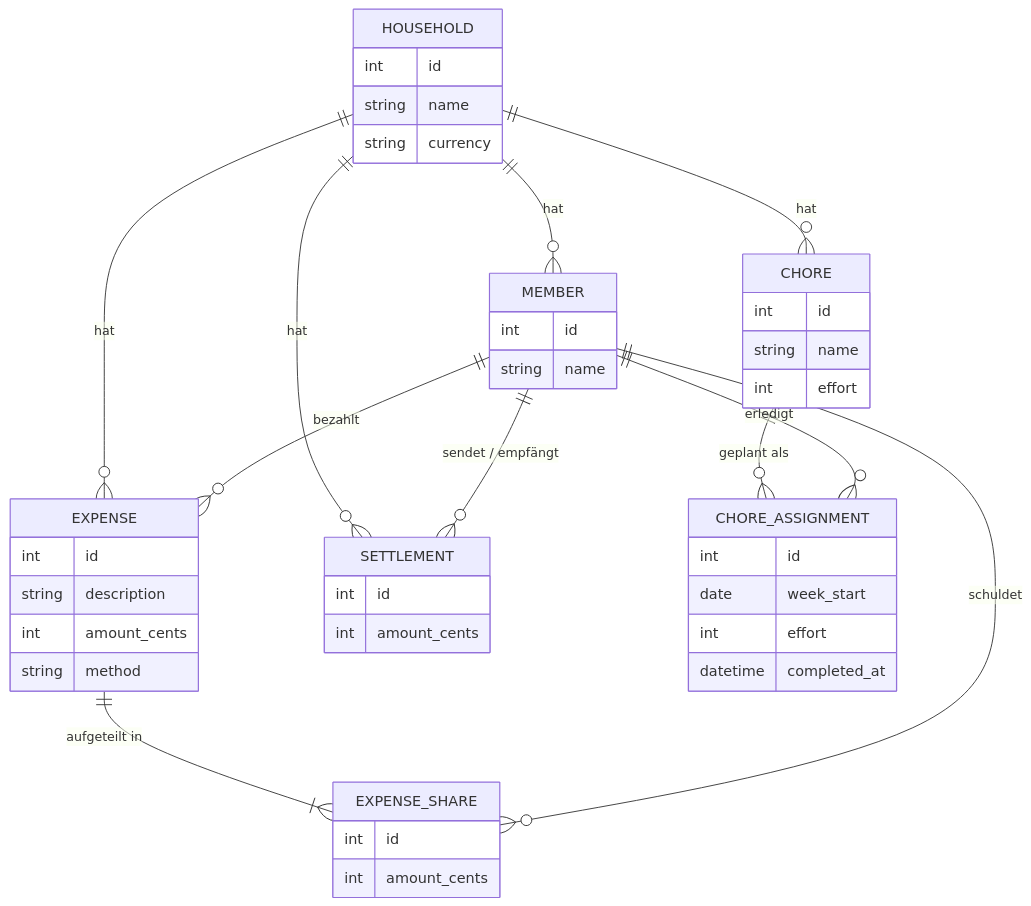
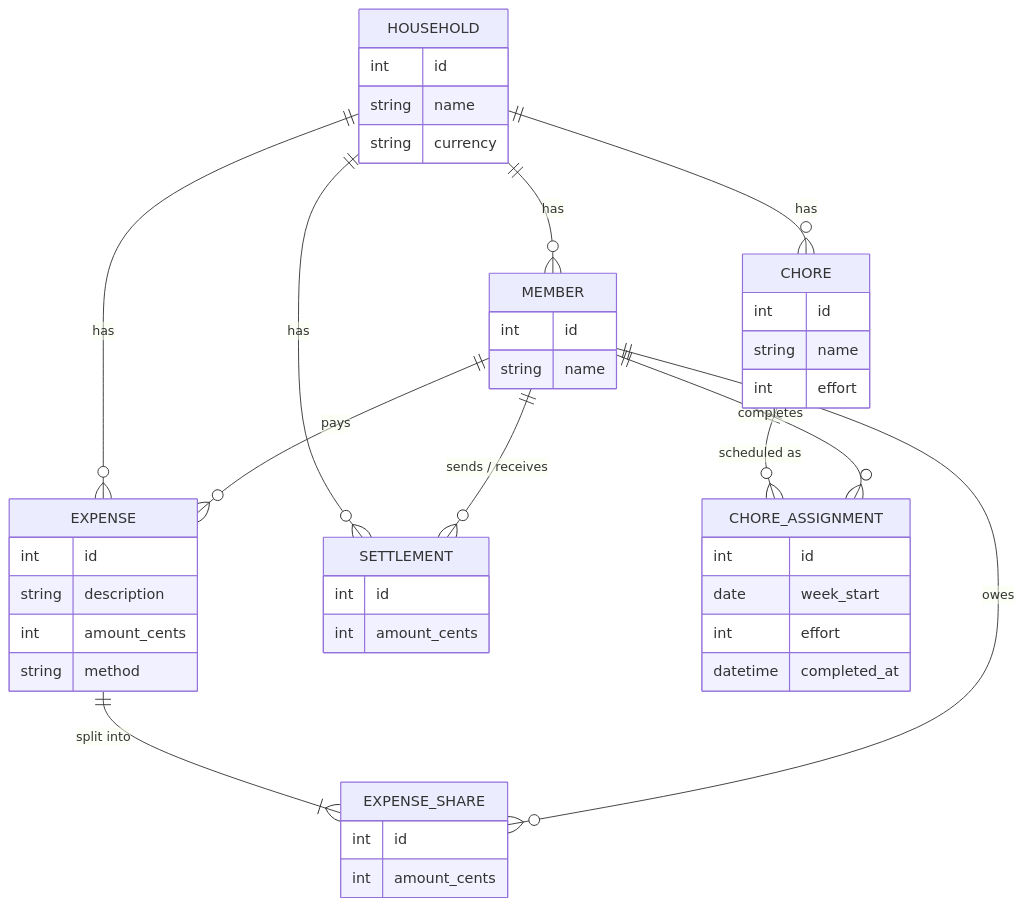
One commit to jasin-jusufi/fairshare changed the third of 5 diagrams in README.md. Above: the diagram before and after it, drawn with Mermaid. The commit also changed other lines of this file and 5 other files, not shown here.

````diff
--- a/README.md
+++ b/README.md
@@ -153,21 +152,21 @@
 ```mermaid
 erDiagram
-    HOUSEHOLD ||--o{ MEMBER : hat
-    HOUSEHOLD ||--o{ EXPENSE : hat
-    HOUSEHOLD ||--o{ SETTLEMENT : hat
-    HOUSEHOLD ||--o{ CHORE : hat
-    EXPENSE ||--|{ EXPENSE_SHARE : "aufgeteilt in"
-    MEMBER ||--o{ EXPENSE : bezahlt
-    MEMBER ||--o{ EXPENSE_SHARE : schuldet
-    MEMBER ||--o{ SETTLEMENT : "sendet / empfängt"
-    CHORE ||--o{ CHORE_ASSIGNMENT : "geplant als"
-    MEMBER ||--o{ CHORE_ASSIGNMENT : erledigt
+    HOUSEHOLD ||--o{ MEMBER : has
+    HOUSEHOLD ||--o{ EXPENSE : has
+    HOUSEHOLD ||--o{ SETTLEMENT : has
+    HOUSEHOLD ||--o{ CHORE : has
+    EXPENSE ||--|{ EXPENSE_SHARE : "split into"
+    MEMBER ||--o{ EXPENSE : pays
+    MEMBER ||--o{ EXPENSE_SHARE : owes
+    MEMBER ||--o{ SETTLEMENT : "sends / receives"
+    CHORE ||--o{ CHORE_ASSIGNMENT : "scheduled as"
+    MEMBER ||--o{ CHORE_ASSIGNMENT : completes
 
     HOUSEHOLD { int id string name string currency }
     MEMBER { int id string name }
     EXPENSE { int id string description int amount_cents string method }
     EXPENSE_SHARE { int id int amount_cents }
     SETTLEMENT { int id int amount_cents }
     CHORE { int id string name int effort }
     CHORE_ASSIGNMENT { int id date week_start int effort datetime completed_at }
 ```
````
